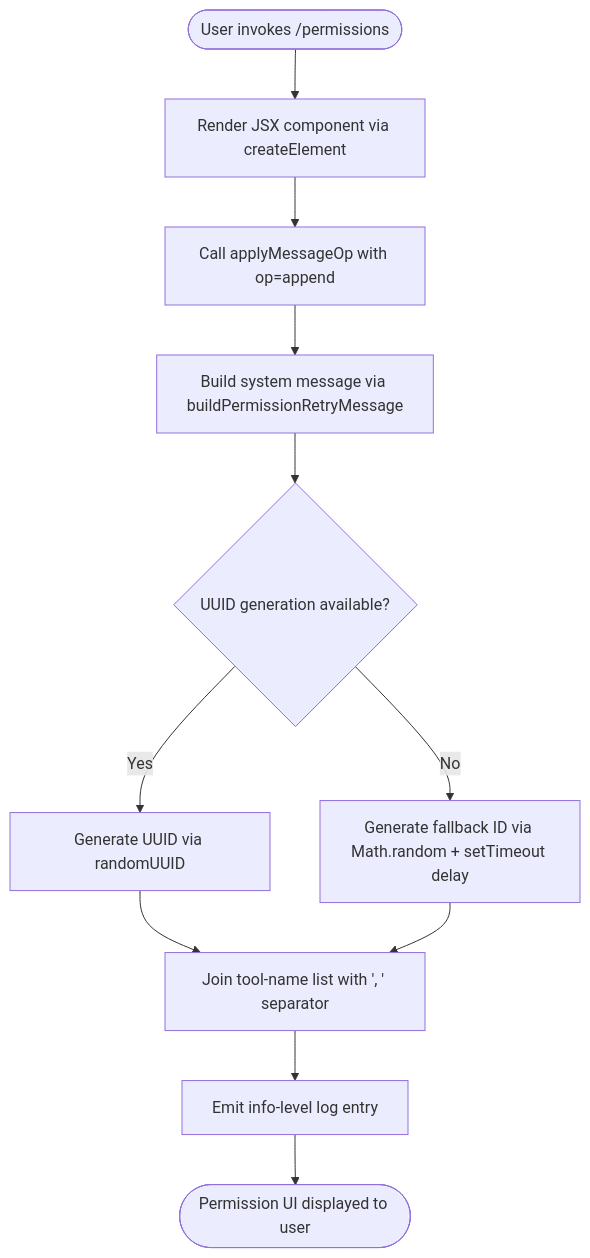
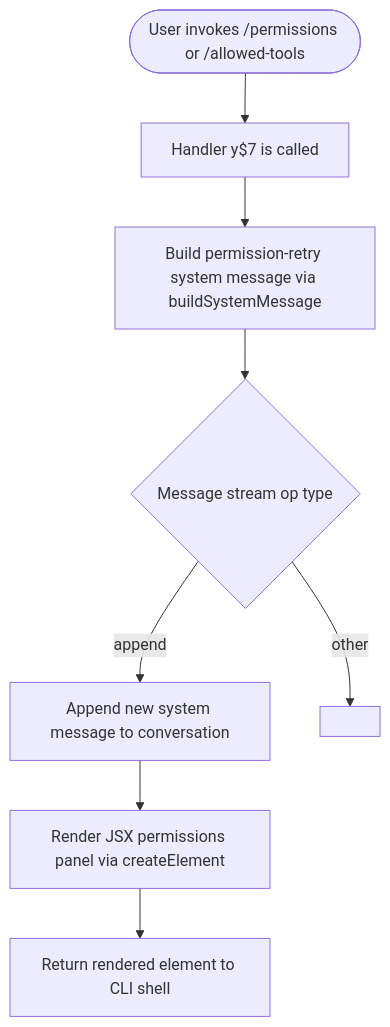
The diagram in versions/v2.1.133/permissions.md (MyLittleLuckyDog/cc-gnothi), drawn with Mermaid before and after one commit. The commit also changed other lines of this file and 95 other files, not shown here.

````diff
--- a/versions/v2.1.133/permissions.md
+++ b/versions/v2.1.133/permissions.md
@@ -42,13 +56,10 @@
 ```mermaid
 flowchart TD
-    A([User invokes /permissions]) --> B[Render JSX component via createElement]
-    B --> C[Call applyMessageOp with op=append]
-    C --> D[Build system message via buildPermissionRetryMessage]
-    D --> E{UUID generation available?}
-    E -- Yes --> F[Generate UUID via randomUUID]
-    E -- No --> G[Generate fallback ID via Math.random + setTimeout delay]
-    F --> H[Join tool-name list with ', ' separator]
-    G --> H
-    H --> I[Emit info-level log entry]
-    I --> J([Permission UI displayed to user])
+    A([User invokes /permissions or /allowed-tools]) --> B[Handler y$7 is called]
+    B --> C[Build permission-retry system message via buildSystemMessage]
+    C --> D{Message stream op type}
+    D -->|"append"| E[Append new system message to conversation]
+    D -->|other| F[<!-- TODO: not found in depth-2 traversal; needs --depth 4 -->]
+    E --> G[Render JSX permissions panel via createElement]
+    G --> H[Return rendered element to CLI shell]
 ```
````
